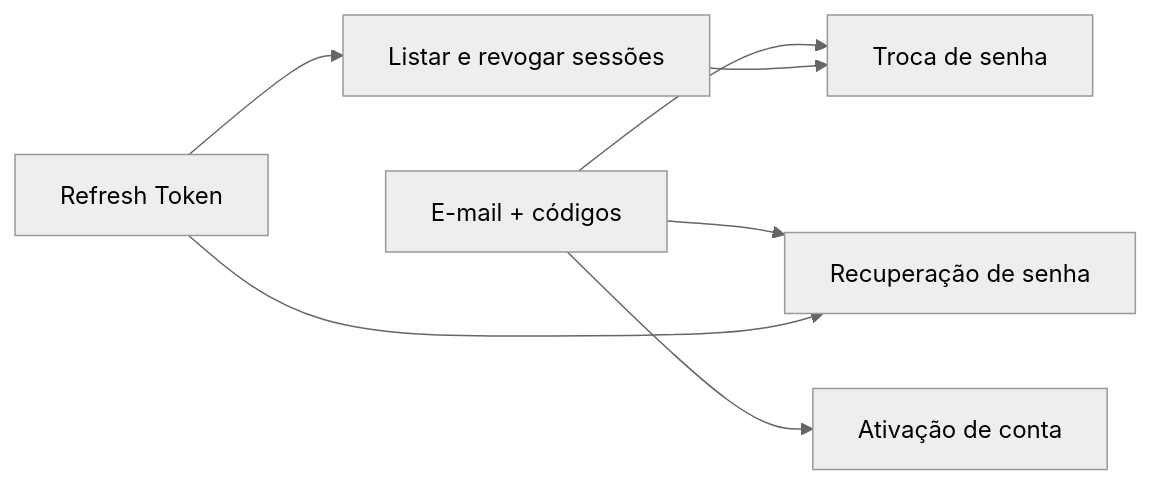
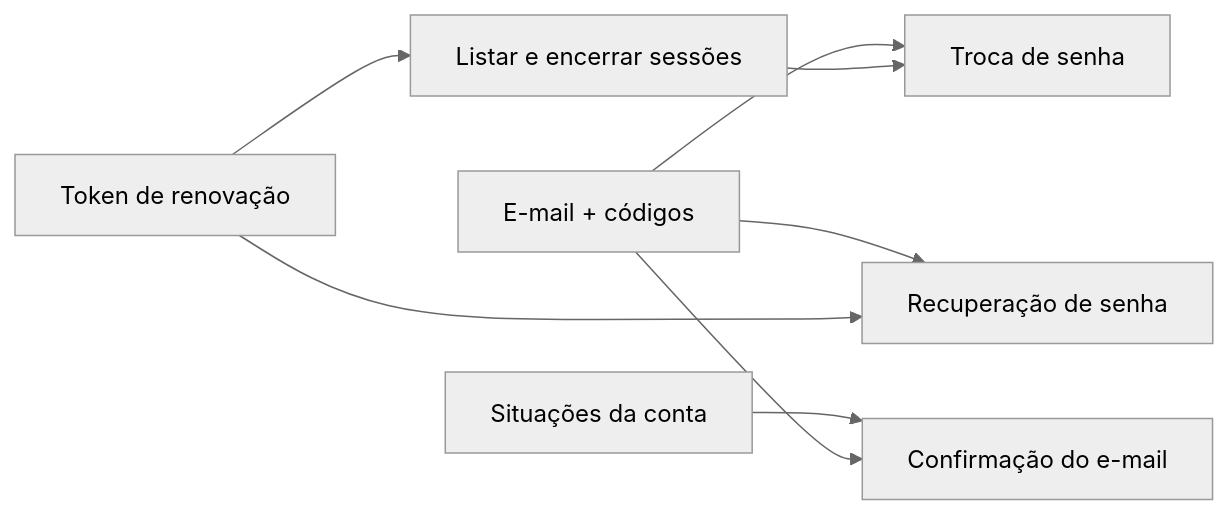
The second of 2 diagrams in docs/Roadmap.md (barbaraguarino/Blog-API), drawn with Mermaid (neutral theme) before and after one commit. The commit also changed other lines of this file, not shown here.

Commit message:
Descreve todas as versões do Roadmap até a v1.0

````diff
--- a/docs/Roadmap.md
+++ b/docs/Roadmap.md
@@ -105,9 +110,10 @@
   ```mermaid
   flowchart LR
-      RT[Refresh Token] --> SES[Listar e revogar sessões]
-      MAIL[E-mail + códigos] --> ACT[Ativação de conta]
+      RT[Token de renovação] --> SES[Listar e encerrar sessões]
+      SIT[Situações da conta] --> ACT[Confirmação do e-mail]
+      MAIL[E-mail + códigos] --> ACT
       MAIL --> FORGOT[Recuperação de senha]
       RT --> FORGOT
       MAIL --> CHANGE[Troca de senha]
       SES --> CHANGE
   ```
````
